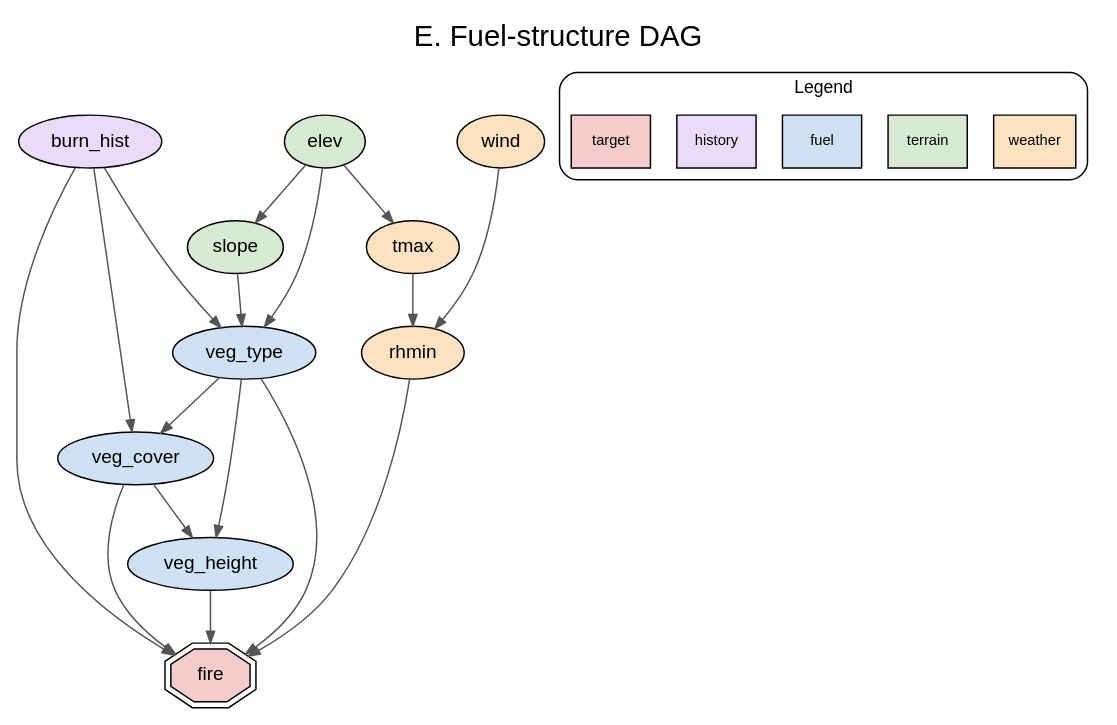
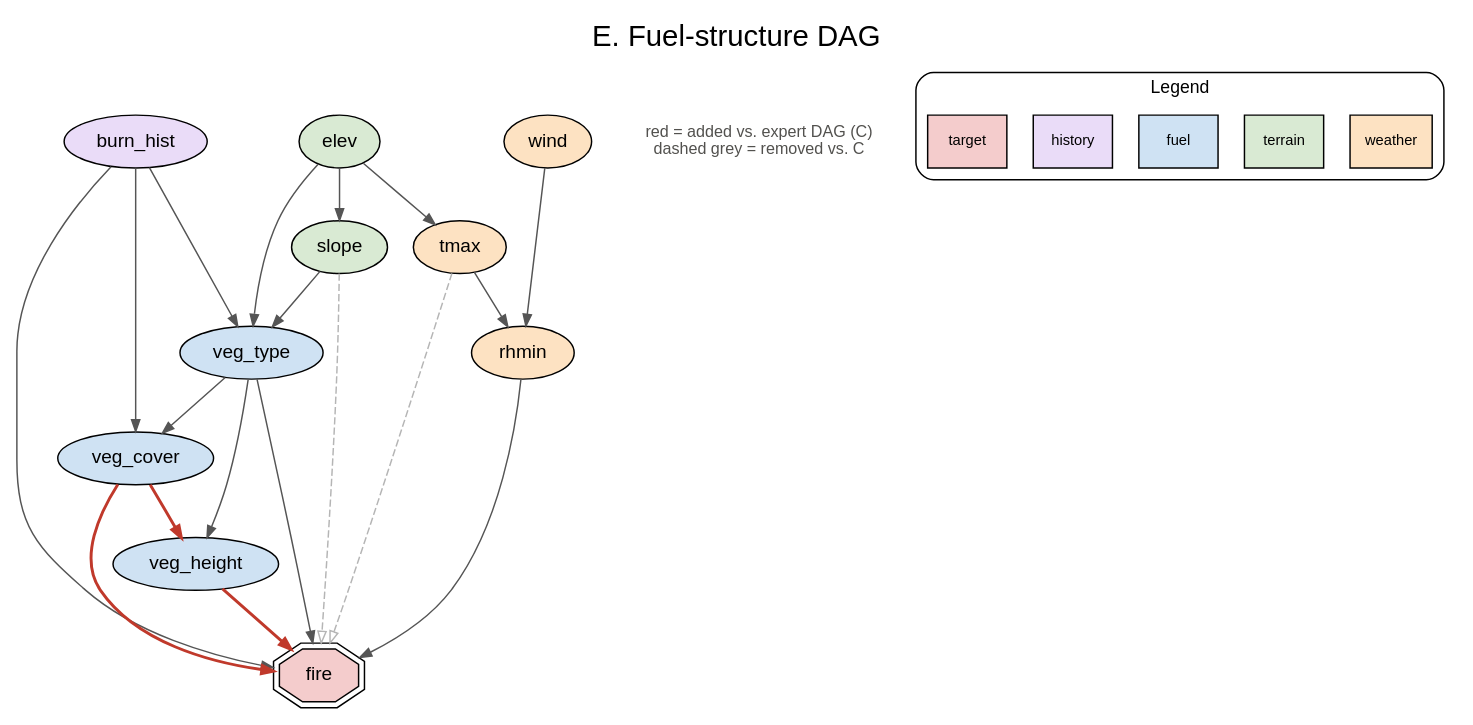
The diagram in results/figures/dag_fuel.dot (DzaiddinKhazani/Fire-Fighters-CSE150A), drawn with Graphviz before and after one commit. The commit also changed 13 other files, not shown here.

Commit message:
Add generalization and hill-climbing stability analyses; highlight E-H diagrams

```diff
--- a/results/figures/dag_fuel.dot
+++ b/results/figures/dag_fuel.dot
@@ -1,34 +1,37 @@
 digraph "fuel" {
   rankdir=TB; labelloc=t; fontsize=20;
   label="E. Fuel-structure DAG"; fontname="Helvetica";
   node [shape=ellipse, style=filled, fontname="Helvetica", fontsize=13];
   edge [color="#555555", arrowsize=0.8];
   "burn_hist" [fillcolor="#EADCF8"];
   "elev" [fillcolor="#D9EAD3"];
   "fire" [fillcolor="#F4CCCC", shape=doubleoctagon];
   "rhmin" [fillcolor="#FDE2C2"];
   "slope" [fillcolor="#D9EAD3"];
   "tmax" [fillcolor="#FDE2C2"];
   "veg_cover" [fillcolor="#CFE2F3"];
   "veg_height" [fillcolor="#CFE2F3"];
   "veg_type" [fillcolor="#CFE2F3"];
   "wind" [fillcolor="#FDE2C2"];
   { rank=same; "elev"; "wind"; "burn_hist"; }
   "elev" -> "slope";
   "elev" -> "tmax";
   "elev" -> "veg_type";
   "slope" -> "veg_type";
   "burn_hist" -> "veg_type";
   "veg_type" -> "veg_cover";
   "veg_type" -> "veg_height";
   "burn_hist" -> "veg_cover";
   "tmax" -> "rhmin";
   "wind" -> "rhmin";
-  "veg_cover" -> "veg_height";
+  "veg_cover" -> "veg_height" [color="#C0392B", penwidth=2];
   "veg_type" -> "fire";
-  "veg_cover" -> "fire";
-  "veg_height" -> "fire";
+  "veg_cover" -> "fire" [color="#C0392B", penwidth=2];
+  "veg_height" -> "fire" [color="#C0392B", penwidth=2];
   "burn_hist" -> "fire";
   "rhmin" -> "fire";
+  "slope" -> "fire" [color="#B5B5B5", style=dashed, arrowhead=empty];
+  "tmax" -> "fire" [color="#B5B5B5", style=dashed, arrowhead=empty];
+  _note [shape=plaintext, style="", label="red = added vs. expert DAG (C)\ndashed grey = removed vs. C", fontsize=11, fontcolor="#52514e"];
   subgraph cluster_legend { label="Legend"; fontsize=12; style=rounded; "_weather" [label="weather", fillcolor="#FDE2C2", shape=box, fontsize=10]; "_terrain" [label="terrain", fillcolor="#D9EAD3", shape=box, fontsize=10]; "_fuel" [label="fuel", fillcolor="#CFE2F3", shape=box, fontsize=10]; "_history" [label="history", fillcolor="#EADCF8", shape=box, fontsize=10]; "_target" [label="target", fillcolor="#F4CCCC", shape=box, fontsize=10]; }
 }
```
